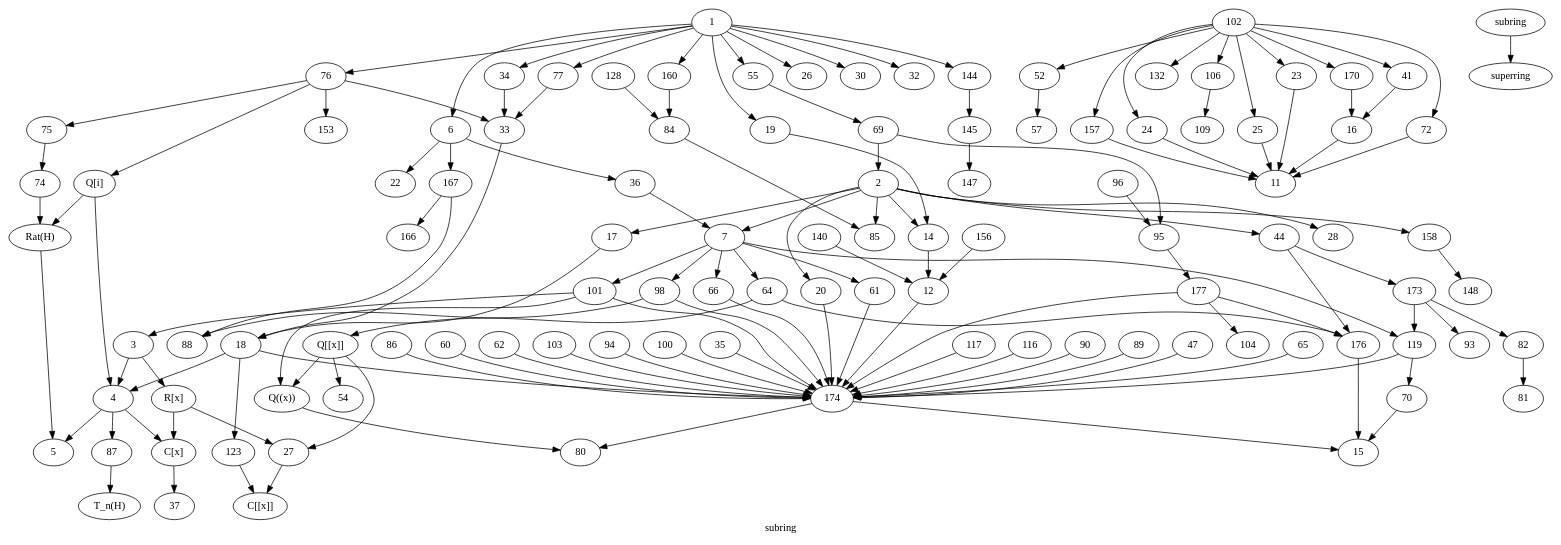
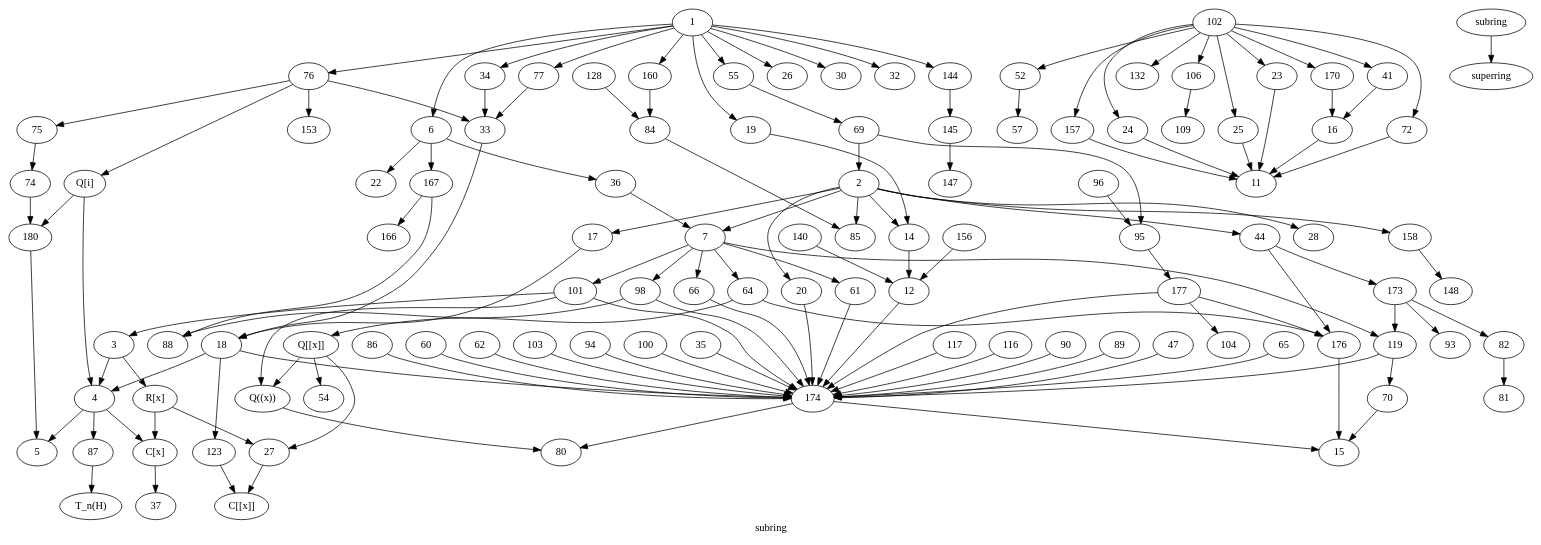
The diagram in map_dotfiles/subring.dot (rschwiebert/dart_data), drawn with Graphviz before and after one commit. The commit also changed 14 other files, not shown here.

```diff
--- a/map_dotfiles/subring.dot
+++ b/map_dotfiles/subring.dot
@@ -35,7 +35,7 @@
   153; //Puninski's 2-dimensional uniserial domain
   167; //Z[x0,x1,x2,...]
   170; // Basic ring of nakayama's QF ring
-  "Rat(H)"; // placeholder for rational quaternions
+  180; // placeholder for rational quaternions
   "Q[i]";
   "Q[[x]]";
   "Q((x))";
@@ -149,6 +149,8 @@
   177 -> 176;
   128 -> 84;
   95 -> 177;
+  74 ->180;
+  180 -> 5;
 
 
   // Proposed
@@ -184,11 +186,10 @@
   102 -> 157;
 
 //   34 -> 4;
-  74 ->"Rat(H)";
-  "Rat(H)" -> 5;
-  "Q[i]" -> "Rat(H)";
+
+  "Q[i]" -> 180;
   76 -> "Q[i]";
-  "Rat(H)"; // placeholder for rational quaternions
+  180; // placeholder for rational quaternions
   "Q[i]" -> 4;
   "Q((x))" -> 80;
   64 -> "Q[[x]]"; // Right?
```
